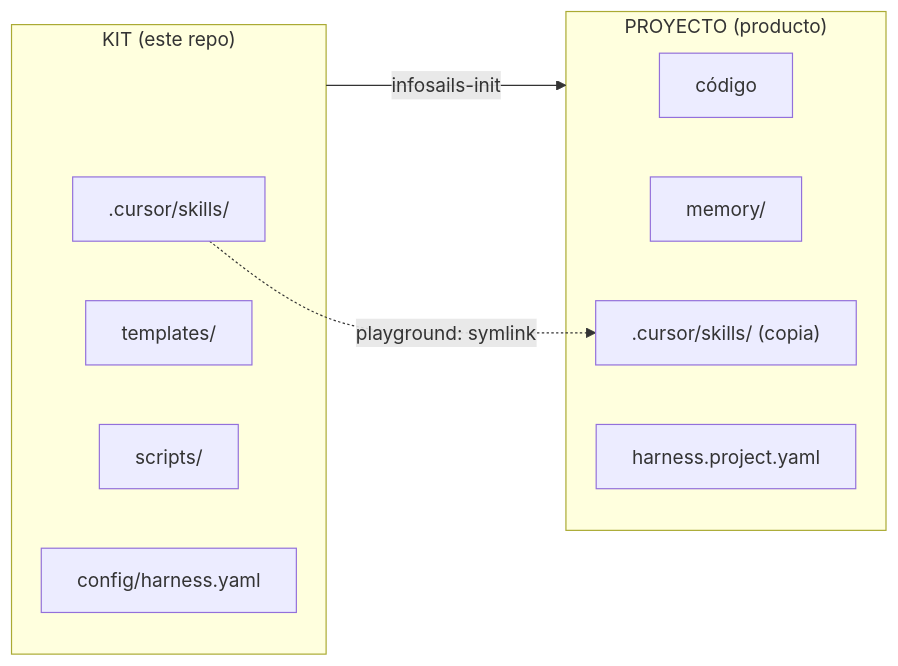
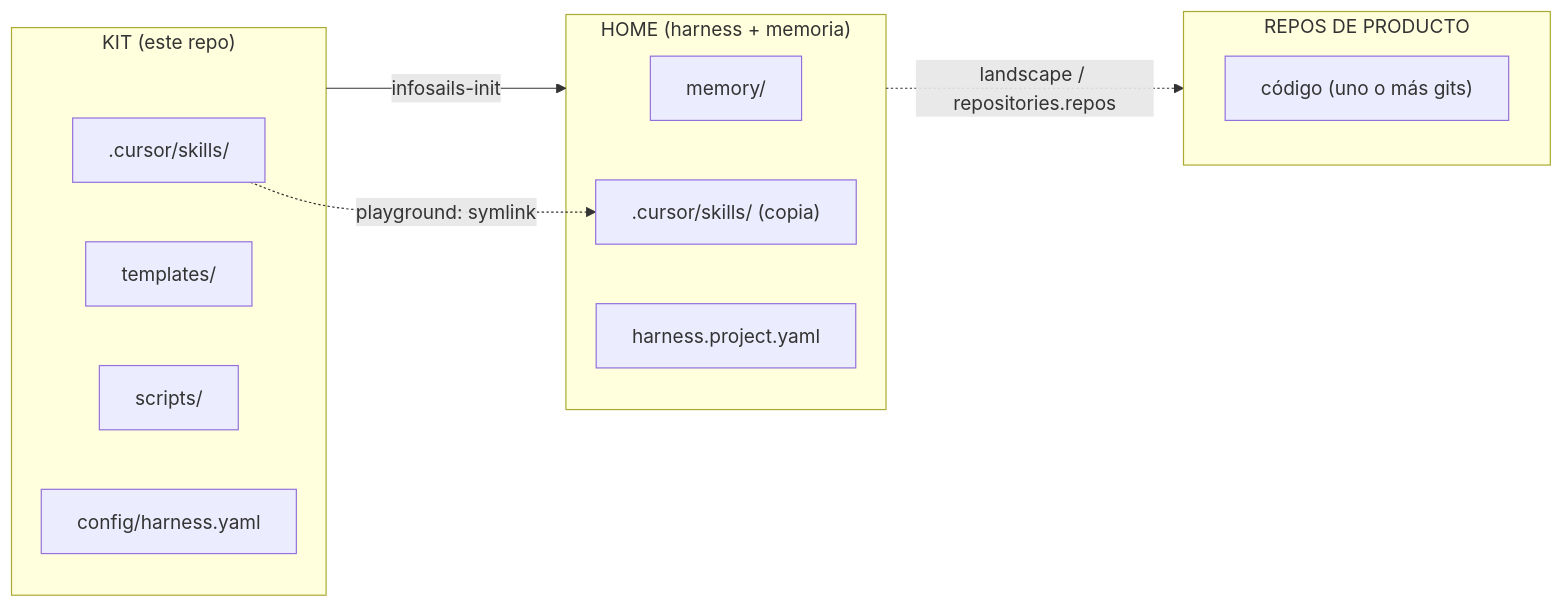
Before and after one commit to infosails/infosails-harness: the first of 15 diagrams in README.md, drawn with Mermaid. The commit also changed other lines of this file and 88 other files, not shown here.

````diff
--- a/README.md
+++ b/README.md
@@ -36,17 +39,20 @@
 ```mermaid
 flowchart LR
   subgraph kit["KIT (este repo)"]
     Skills[".cursor/skills/"]
     Templates["templates/"]
     Scripts["scripts/"]
     Config["config/harness.yaml"]
   end
-  subgraph proj["PROYECTO (producto)"]
-    Code["código"]
+  subgraph home["HOME (harness + memoria)"]
     Memory["memory/"]
     ProjSkills[".cursor/skills/ (copia)"]
     Marker["harness.project.yaml"]
   end
-  kit -->|"infosails-init"| proj
+  subgraph product["REPOS DE PRODUCTO"]
+    Code["código (uno o más gits)"]
+  end
+  kit -->|"infosails-init"| home
   Skills -.->|"playground: symlink"| ProjSkills
+  home -.->|"landscape / repositories.repos"| product
 ```
````
